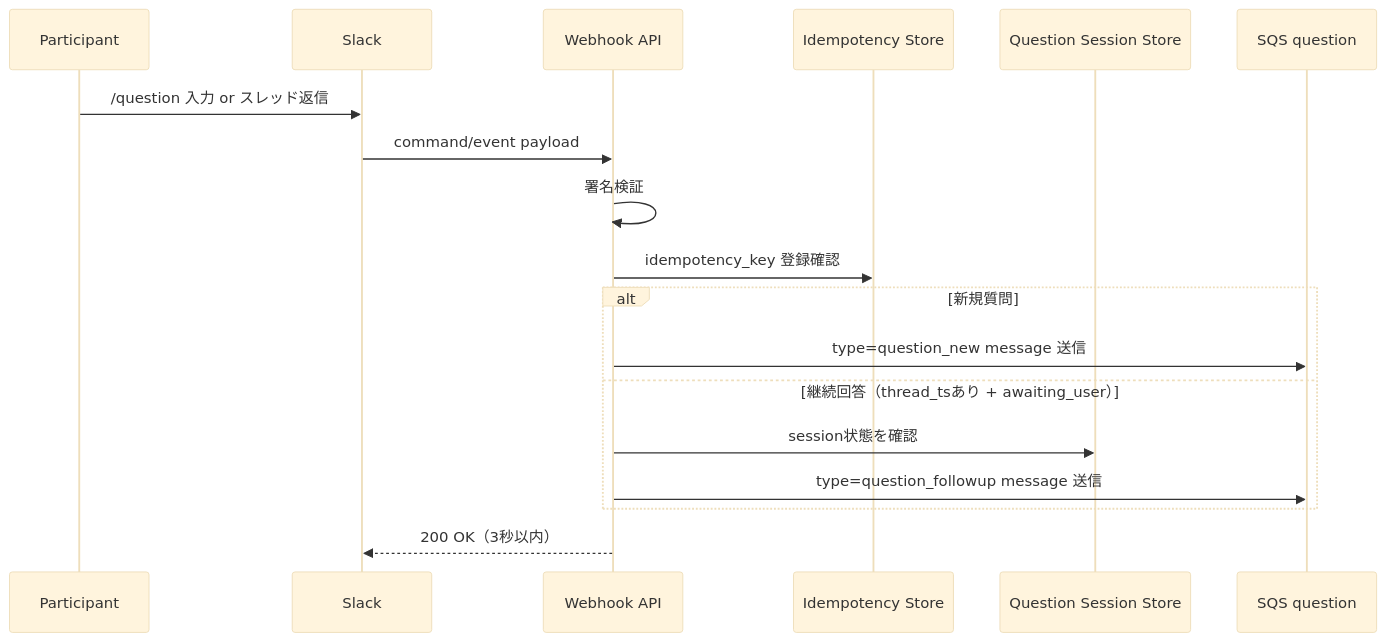
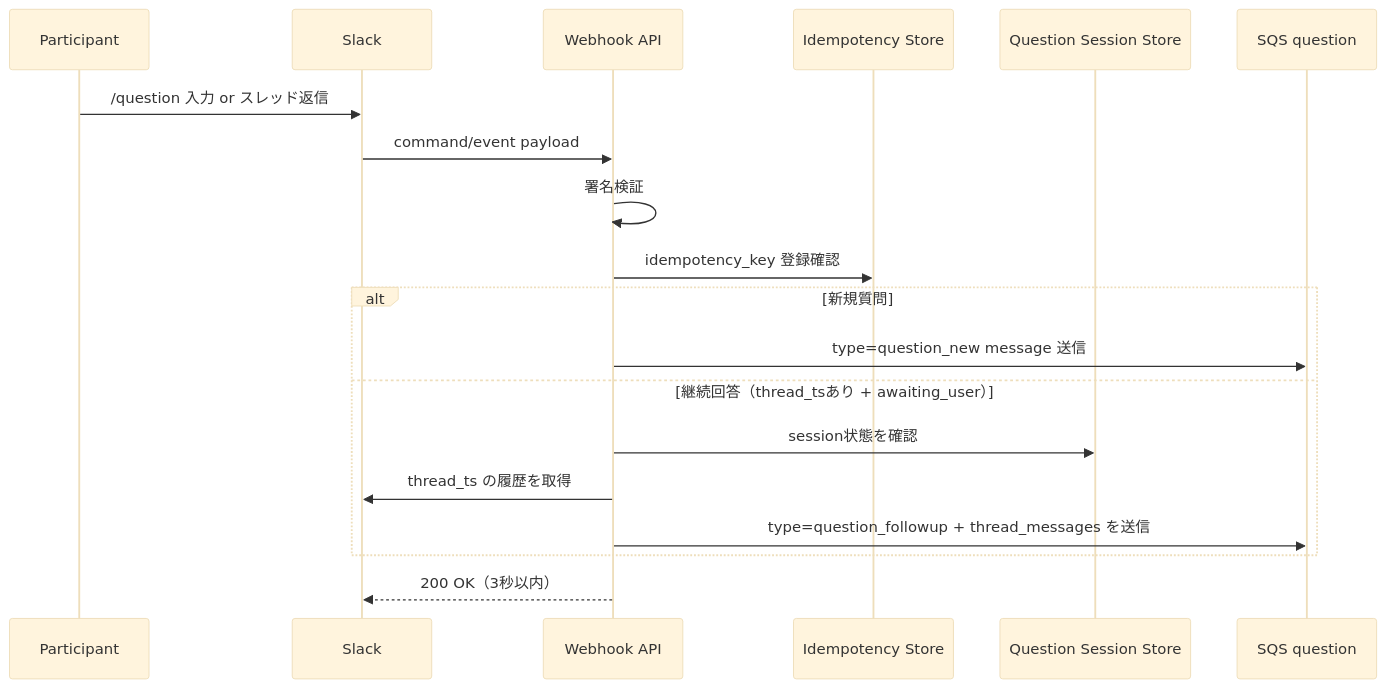
The fifth of 10 diagrams in docs/details/process-flow.md (Asheze1127/progress-checker), drawn with Mermaid (base theme) before and after one commit. The commit also changed other lines of this file, not shown here.

Commit message:
update process flow

````diff
--- a/docs/details/process-flow.md
+++ b/docs/details/process-flow.md
@@ -113,23 +116,24 @@
 ```mermaid
 sequenceDiagram
     participant User as Participant
     participant Slack as Slack
     participant API as Webhook API
     participant IDS as Idempotency Store
     participant QSS as Question Session Store
     participant SQSQ as SQS question
 
     User->>Slack: /question 入力 or スレッド返信
     Slack->>API: command/event payload
     API->>API: 署名検証
     API->>IDS: idempotency_key 登録確認
 
     alt 新規質問
         API->>SQSQ: type=question_new message 送信
     else 継続回答（thread_tsあり + awaiting_user）
         API->>QSS: session状態を確認
-        API->>SQSQ: type=question_followup message 送信
+        API->>Slack: thread_ts の履歴を取得
+        API->>SQSQ: type=question_followup + thread_messages を送信
     end
 
     API-->>Slack: 200 OK（3秒以内）
 ```
````
